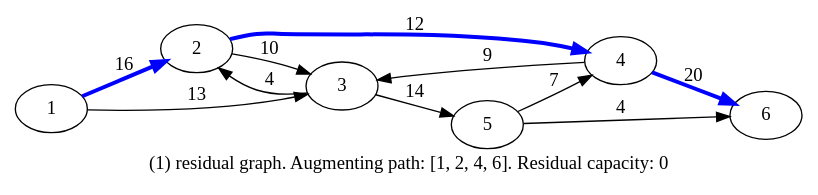
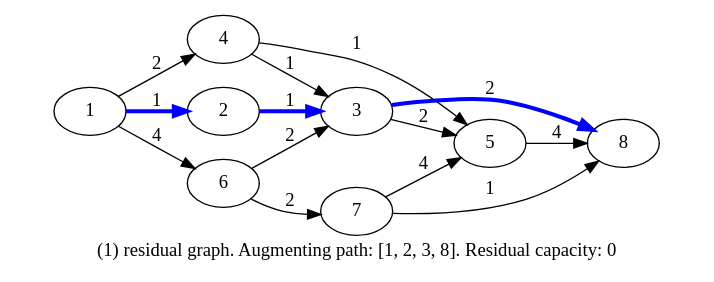
The diagram in output_residual1.gv (maryamass/Graph), drawn with Graphviz before and after one commit. The commit also changed 15 other files, not shown here.

Commit message:
function to test a flow added

```diff
--- a/output_residual1.gv
+++ b/output_residual1.gv
@@ -1,14 +1,17 @@
 digraph residualGraph1 {
   rankdir="LR"
-  label="(1) residual graph. Augmenting path: [1, 2, 4, 6]. Residual capacity: 0"
-  1 -> 2 [label="16", color=blue, penwidth=3];
-  1 -> 3 [label="13"];
-  2 -> 3 [label="10"];
-  2 -> 4 [label="12", color=blue, penwidth=3];
-  3 -> 2 [label="4"];
-  3 -> 5 [label="14"];
-  4 -> 3 [label="9"];
-  4 -> 6 [label="20", color=blue, penwidth=3];
-  5 -> 4 [label="7"];
-  5 -> 6 [label="4"];
+  label="(1) residual graph. Augmenting path: [1, 2, 3, 8]. Residual capacity: 0"
+  1 -> 2 [label="1", color=blue, penwidth=3];
+  1 -> 4 [label="2"];
+  1 -> 6 [label="4"];
+  2 -> 3 [label="1", color=blue, penwidth=3];
+  3 -> 5 [label="2"];
+  3 -> 8 [label="2", color=blue, penwidth=3];
+  4 -> 3 [label="1"];
+  4 -> 5 [label="1"];
+  5 -> 8 [label="4"];
+  6 -> 3 [label="2"];
+  6 -> 7 [label="2"];
+  7 -> 5 [label="4"];
+  7 -> 8 [label="1"];
 }
```
